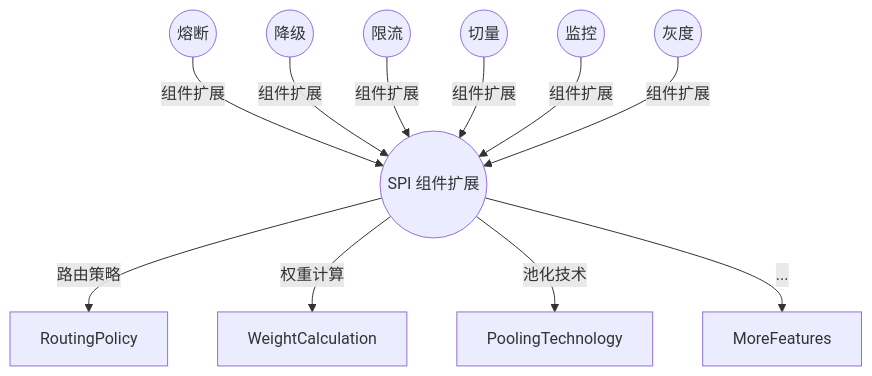
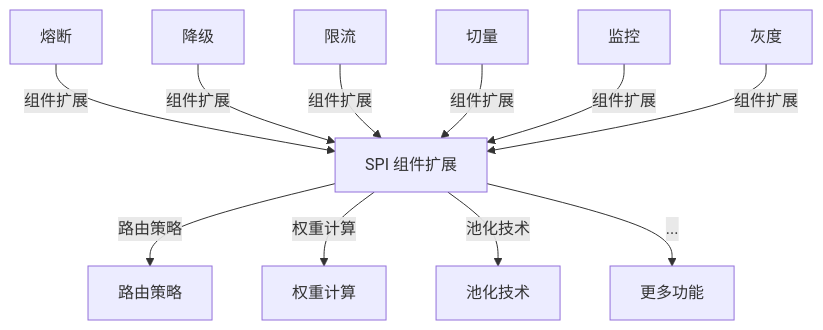
Before and after one commit to kaori-seasons/taobao-api-gateway: the fourth of 8 diagrams in README.md, drawn with Mermaid. The commit also changed other lines of this file and 1 other file, not shown here.

````diff
--- a/README.md
+++ b/README.md
@@ -56,13 +59,25 @@
 ```mermaid
 graph TD
-    CircuitBreaker((熔断)) -->|组件扩展| SPIExtension
-    Degradation((降级)) -->|组件扩展| SPIExtension
-    RateLimiting((限流)) -->|组件扩展| SPIExtension
-    Cutting((切量)) -->|组件扩展| SPIExtension
-    Monitoring((监控)) -->|组件扩展| SPIExtension
-    GrayRelease((灰度)) -->|组件扩展| SPIExtension
-    SPIExtension((SPI 组件扩展)) -->|路由策略| RoutingPolicy
+    CircuitBreaker[熔断]
+    Degradation[降级]
+    RateLimiting[限流]
+    Cutting[切量]
+    Monitoring[监控]
+    GrayRelease[灰度]
+    SPIExtension[SPI 组件扩展]
+    RoutingPolicy[路由策略]
+    WeightCalculation[权重计算]
+    PoolingTechnology[池化技术]
+    MoreFeatures[更多功能]
+    
+    CircuitBreaker -->|组件扩展| SPIExtension
+    Degradation -->|组件扩展| SPIExtension
+    RateLimiting -->|组件扩展| SPIExtension
+    Cutting -->|组件扩展| SPIExtension
+    Monitoring -->|组件扩展| SPIExtension
+    GrayRelease -->|组件扩展| SPIExtension
+    SPIExtension -->|路由策略| RoutingPolicy
     SPIExtension -->|权重计算| WeightCalculation
     SPIExtension -->|池化技术| PoolingTechnology
     SPIExtension -->|...| MoreFeatures
 ```
````
